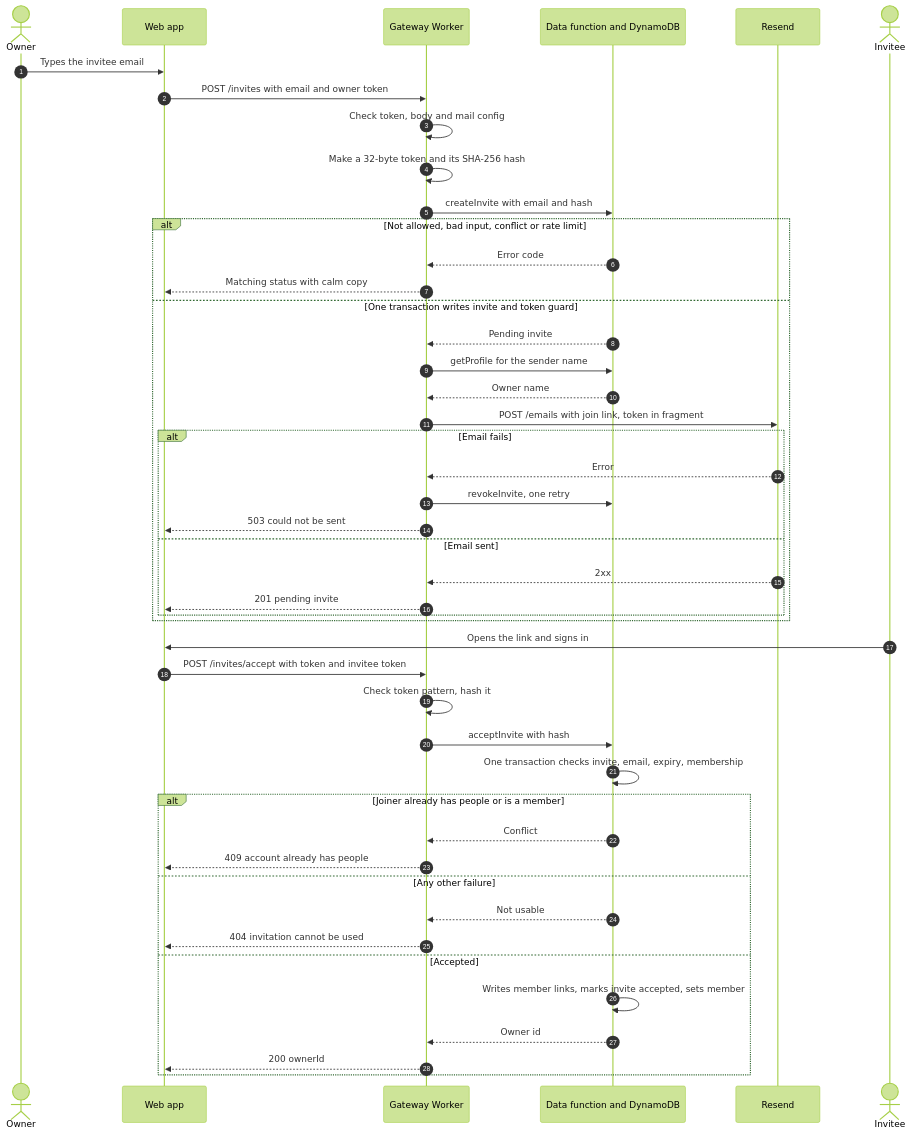
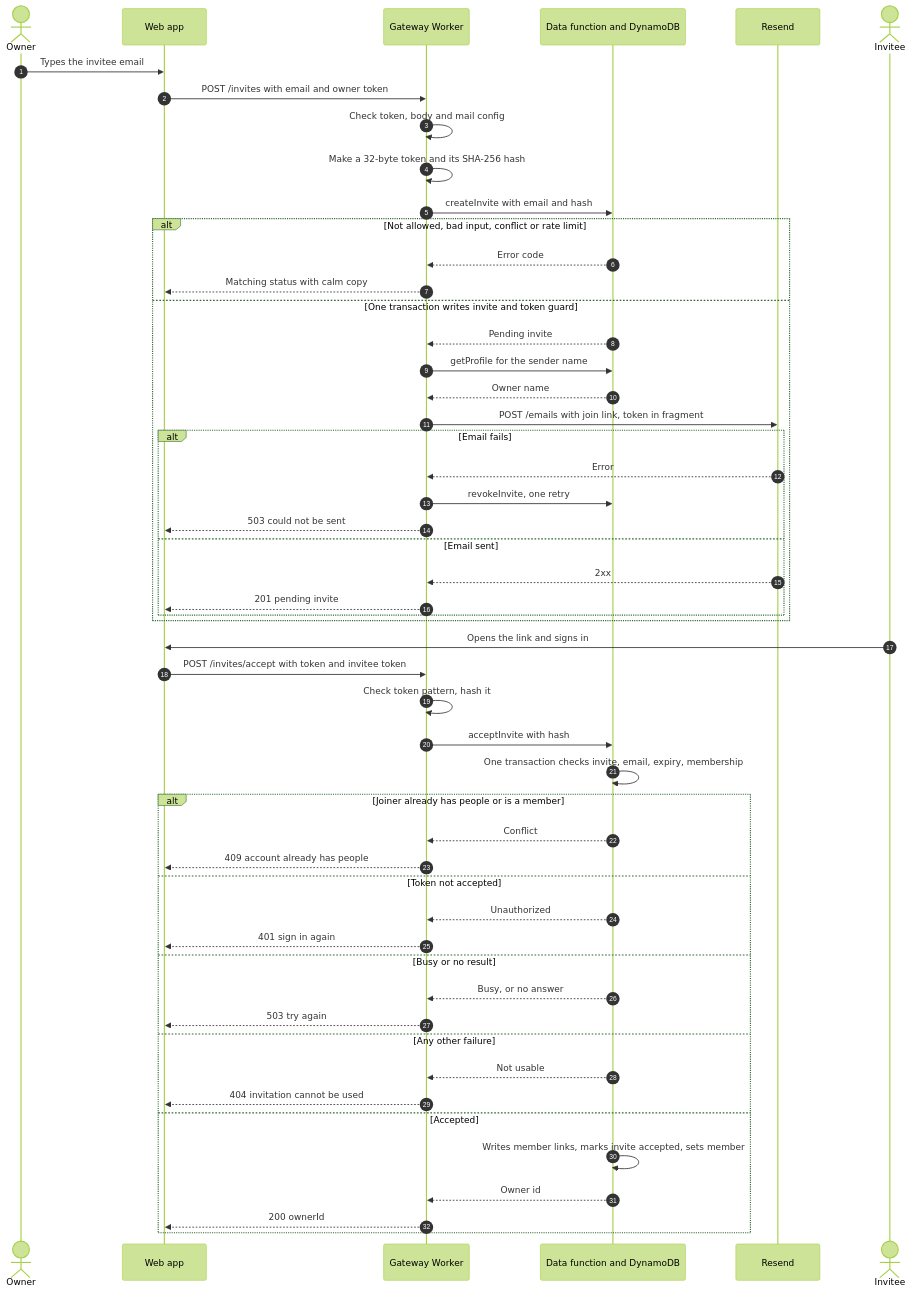
Before and after one commit to grieverguidetech/griever-guidance: the fourth of 8 diagrams in docs/backend-services.md, drawn with Mermaid (forest theme). The commit also changed other lines of this file, not shown here.

Commit message:
docs: fix review findings in backend-services diagrams (#911)

````diff
--- a/docs/backend-services.md
+++ b/docs/backend-services.md
@@ -457,50 +462,56 @@
 ```mermaid
 sequenceDiagram
   autonumber
   actor O as Owner
   participant W as Web app
   participant G as Gateway Worker
   participant D as Data function and DynamoDB
   participant RS as Resend
   actor M as Invitee
 
   O->>W: Types the invitee email
   W->>G: POST /invites with email and owner token
   G->>G: Check token, body and mail config
   G->>G: Make a 32-byte token and its SHA-256 hash
   G->>D: createInvite with email and hash
   alt Not allowed, bad input, conflict or rate limit
     D-->>G: Error code
     G-->>W: Matching status with calm copy
   else One transaction writes invite and token guard
     D-->>G: Pending invite
     G->>D: getProfile for the sender name
     D-->>G: Owner name
     G->>RS: POST /emails with join link, token in fragment
     alt Email fails
       RS-->>G: Error
       G->>D: revokeInvite, one retry
       G-->>W: 503 could not be sent
     else Email sent
       RS-->>G: 2xx
       G-->>W: 201 pending invite
     end
   end
 
   M->>W: Opens the link and signs in
   W->>G: POST /invites/accept with token and invitee token
   G->>G: Check token pattern, hash it
   G->>D: acceptInvite with hash
   D->>D: One transaction checks invite, email, expiry, membership
   alt Joiner already has people or is a member
     D-->>G: Conflict
     G-->>W: 409 account already has people
+  else Token not accepted
+    D-->>G: Unauthorized
+    G-->>W: 401 sign in again
+  else Busy or no result
+    D-->>G: Busy, or no answer
+    G-->>W: 503 try again
   else Any other failure
     D-->>G: Not usable
     G-->>W: 404 invitation cannot be used
   else Accepted
     D->>D: Writes member links, marks invite accepted, sets member
     D-->>G: Owner id
     G-->>W: 200 ownerId
   end
 ```
````
